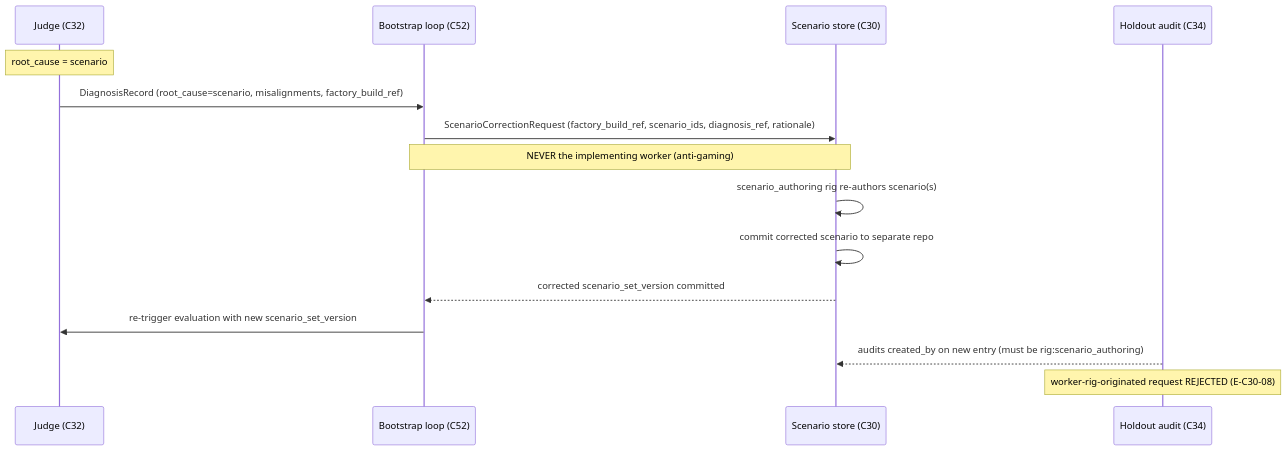
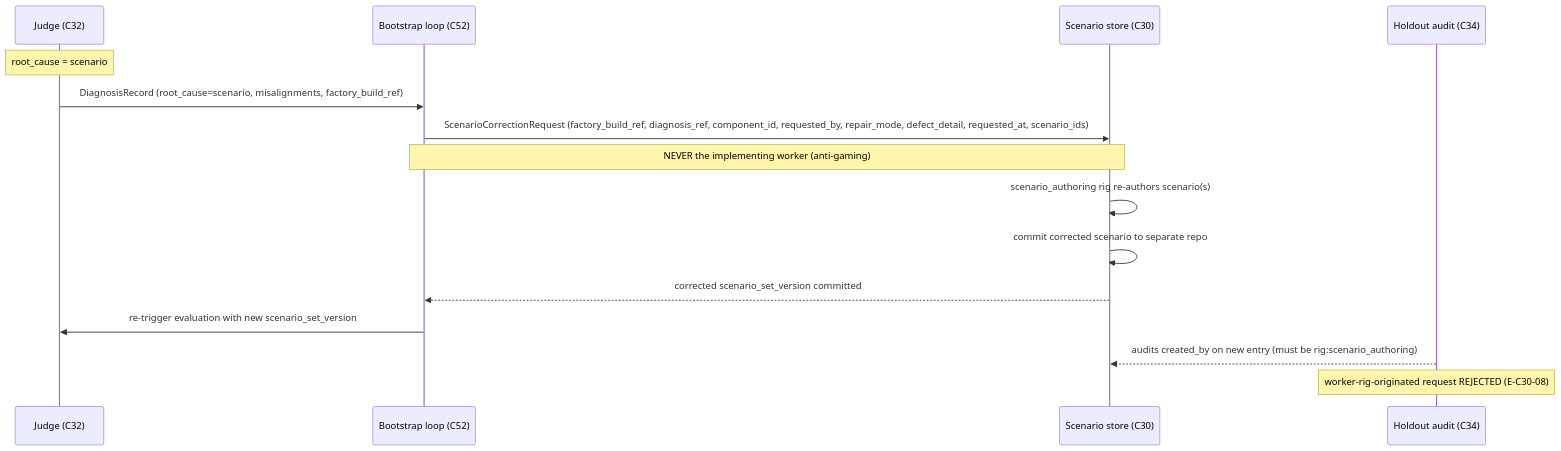
Before and after one commit to lago-morph/software-factory: the second of 2 diagrams in architectures/v4/spec/C30-scenario-store.md, drawn with Mermaid. The commit also changed other lines of this file and 7 other files, not shown here.

First line of the commit message:
Integration pass: apply D-44/D-45 to align the correction-request seam

````diff
--- a/architectures/v4/spec/C30-scenario-store.md
+++ b/architectures/v4/spec/C30-scenario-store.md
@@ -551,17 +568,17 @@
 ```mermaid
 sequenceDiagram
     participant C32 as Judge (C32)
     participant C52 as Bootstrap loop (C52)
     participant C30 as Scenario store (C30)
     participant C34 as Holdout audit (C34)
     Note over C32: root_cause = scenario
     C32->>C52: DiagnosisRecord (root_cause=scenario, misalignments, factory_build_ref)
-    C52->>C30: ScenarioCorrectionRequest (factory_build_ref, scenario_ids, diagnosis_ref, rationale)
+    C52->>C30: ScenarioCorrectionRequest (factory_build_ref, diagnosis_ref, component_id, requested_by, repair_mode, defect_detail, requested_at, scenario_ids)
     Note over C52,C30: NEVER the implementing worker (anti-gaming)
     C30->>C30: scenario_authoring rig re-authors scenario(s)
     C30->>C30: commit corrected scenario to separate repo
     C30-->>C52: corrected scenario_set_version committed
     C52->>C32: re-trigger evaluation with new scenario_set_version
     C34-->>C30: audits created_by on new entry (must be rig:scenario_authoring)
     Note over C34: worker-rig-originated request REJECTED (E-C30-08)
 ```
````
